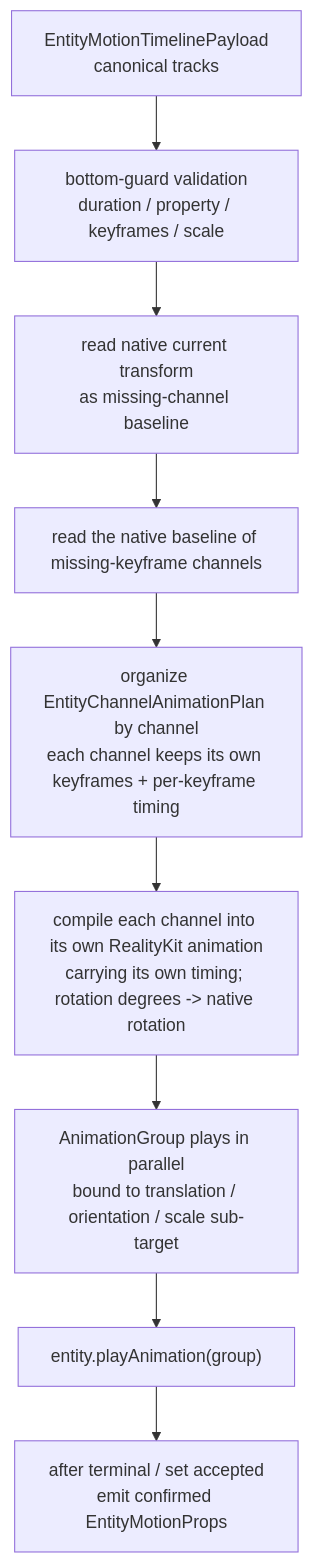
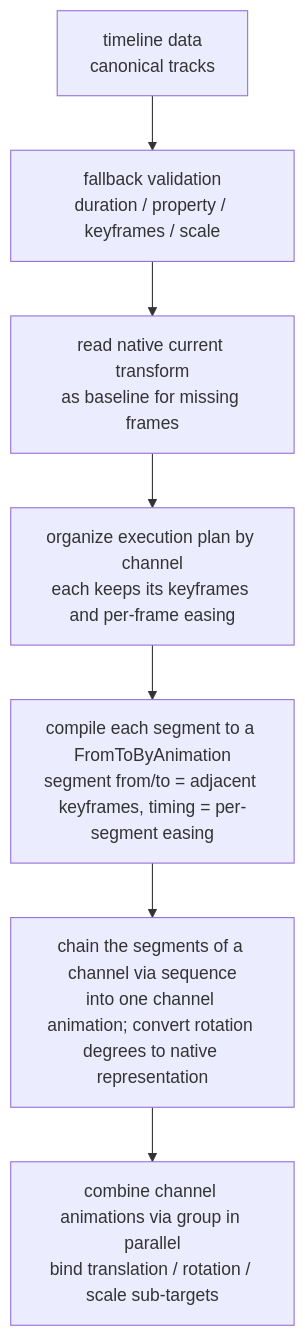
One commit to webspatial/webspatial-sdk changed the fourth of 11 diagrams in openspec/changes/redesign-entity-motion-api/design.md. Above: the diagram before and after it, drawn with Mermaid. The commit also changed other lines of this file and 7 other files, not shown here.

````diff
--- a/openspec/changes/redesign-entity-motion-api/design.md
+++ b/openspec/changes/redesign-entity-motion-api/design.md
@@ -410,21 +475,17 @@
 ```mermaid
 flowchart TB
-    Payload["EntityMotionTimelinePayload<br/>canonical tracks"]
-    Validate["bottom-guard validation<br/>duration / property / keyframes / scale"]
-    Snapshot["read native current transform<br/>as missing-channel baseline"]
-    Baseline["read the native baseline of missing-keyframe channels"]
-    Channels["organize EntityChannelAnimationPlan by channel<br/>each channel keeps its own keyframes + per-keyframe timing"]
-    RKCompile["compile each channel into its own RealityKit animation<br/>carrying its own timing; rotation degrees -> native rotation"]
-    Group["AnimationGroup plays in parallel<br/>bound to translation / orientation / scale sub-target"]
-    Play["entity.playAnimation(group)"]
-    Confirm["after terminal / set accepted<br/>emit confirmed EntityMotionProps"]
+    Payload["timeline data<br/>canonical tracks"]
+    Validate["fallback validation<br/>duration / property / keyframes / scale"]
+    Snapshot["read native current transform<br/>as baseline for missing frames"]
+    Channels["organize execution plan by channel<br/>each keeps its keyframes and per-frame easing"]
+    Segment["compile each segment to a FromToByAnimation<br/>segment from/to = adjacent keyframes, timing = per-segment easing"]
+    Seq["chain the segments of a channel via sequence<br/>into one channel animation; convert rotation degrees to native representation"]
+    Group["combine channel animations via group in parallel<br/>bind translation / rotation / scale sub-targets"]
 
     Payload --> Validate
     Validate --> Snapshot
-    Snapshot --> Baseline
-    Baseline --> Channels
-    Channels --> RKCompile
-    RKCompile --> Group
-    Group --> Play
-    Play --> Confirm
+    Snapshot --> Channels
+    Channels --> Segment
+    Segment --> Seq
+    Seq --> Group
 ```
````
